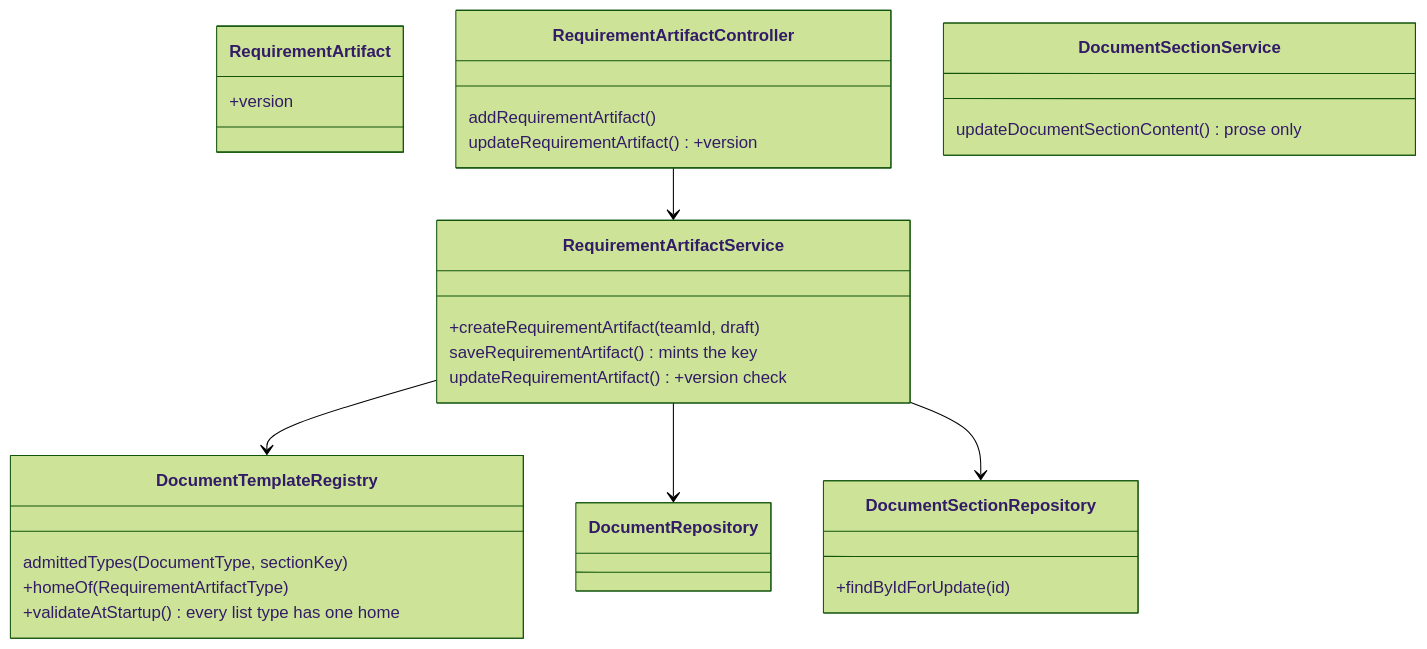
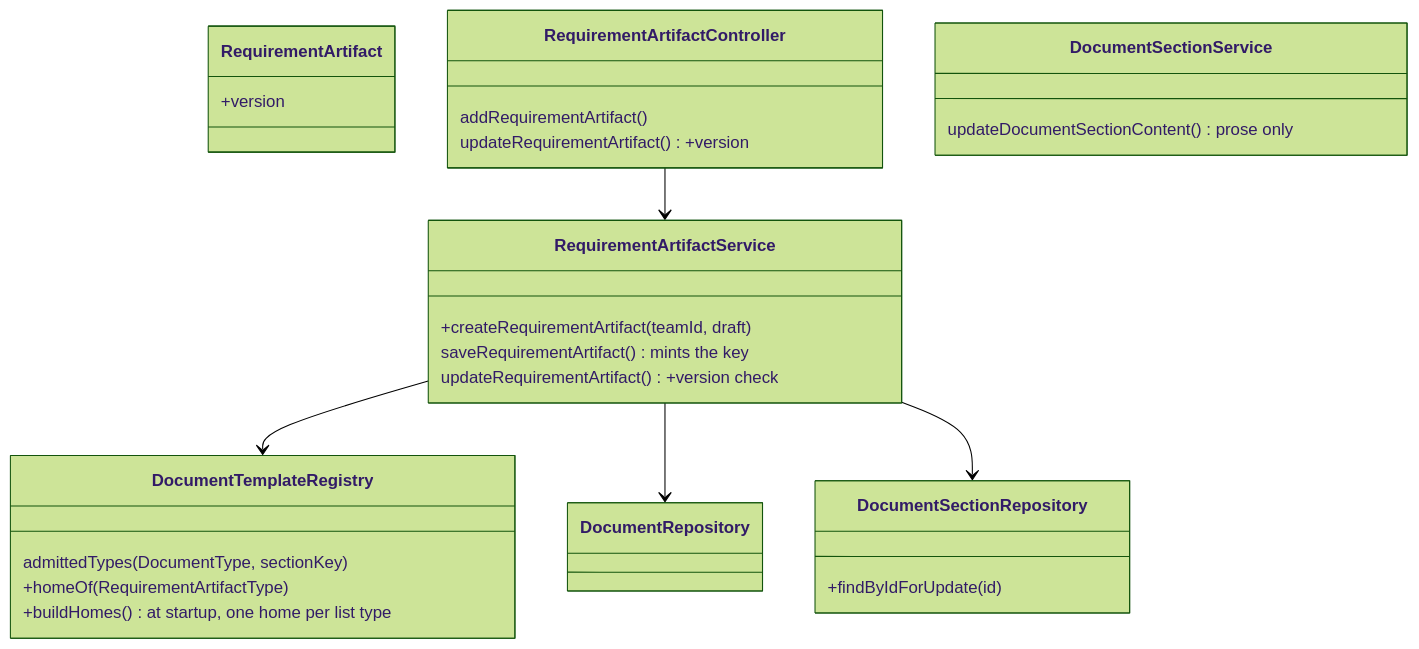
The first of 2 diagrams in docs/design/art.md (Washingtonwei/project-pulse), drawn with Mermaid (forest theme) before and after one commit. The commit also changed 4 other files, not shown here.

First line of the commit message:
Build each artifact type's home once at startup

````diff
--- a/docs/design/art.md
+++ b/docs/design/art.md
@@ -25,30 +25,30 @@
 ```mermaid
 classDiagram
   class RequirementArtifact {
     +version
   }
   class DocumentTemplateRegistry {
     admittedTypes(DocumentType, sectionKey)
     +homeOf(RequirementArtifactType)
-    +validateAtStartup() every list type has one home
+    +buildHomes() at startup, one home per list type
   }
   class DocumentSectionRepository {
     +findByIdForUpdate(id)
   }
   class RequirementArtifactController {
     addRequirementArtifact()
     updateRequirementArtifact() +version
   }
   class RequirementArtifactService {
     +createRequirementArtifact(teamId, draft)
     saveRequirementArtifact() mints the key
     updateRequirementArtifact() +version check
   }
   class DocumentSectionService {
     updateDocumentSectionContent() prose only
   }
   RequirementArtifactController --> RequirementArtifactService
   RequirementArtifactService --> DocumentTemplateRegistry
   RequirementArtifactService --> DocumentRepository
   RequirementArtifactService --> DocumentSectionRepository
 ```
````
